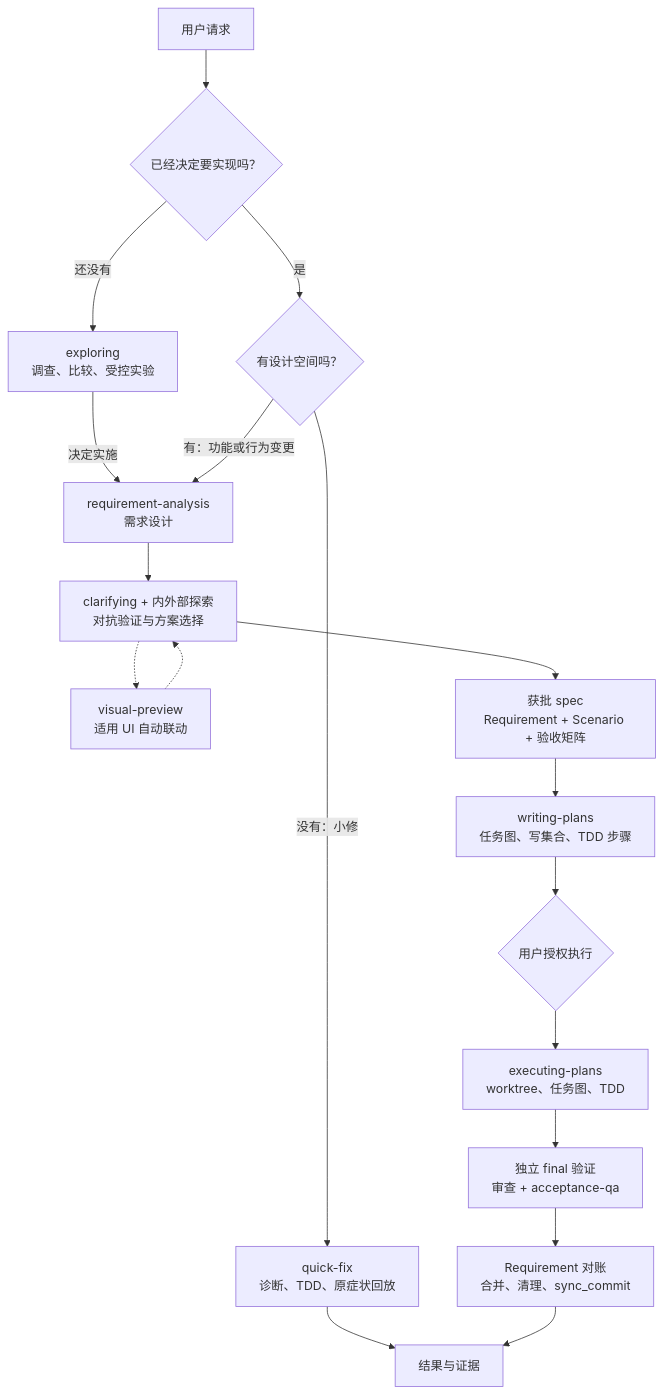
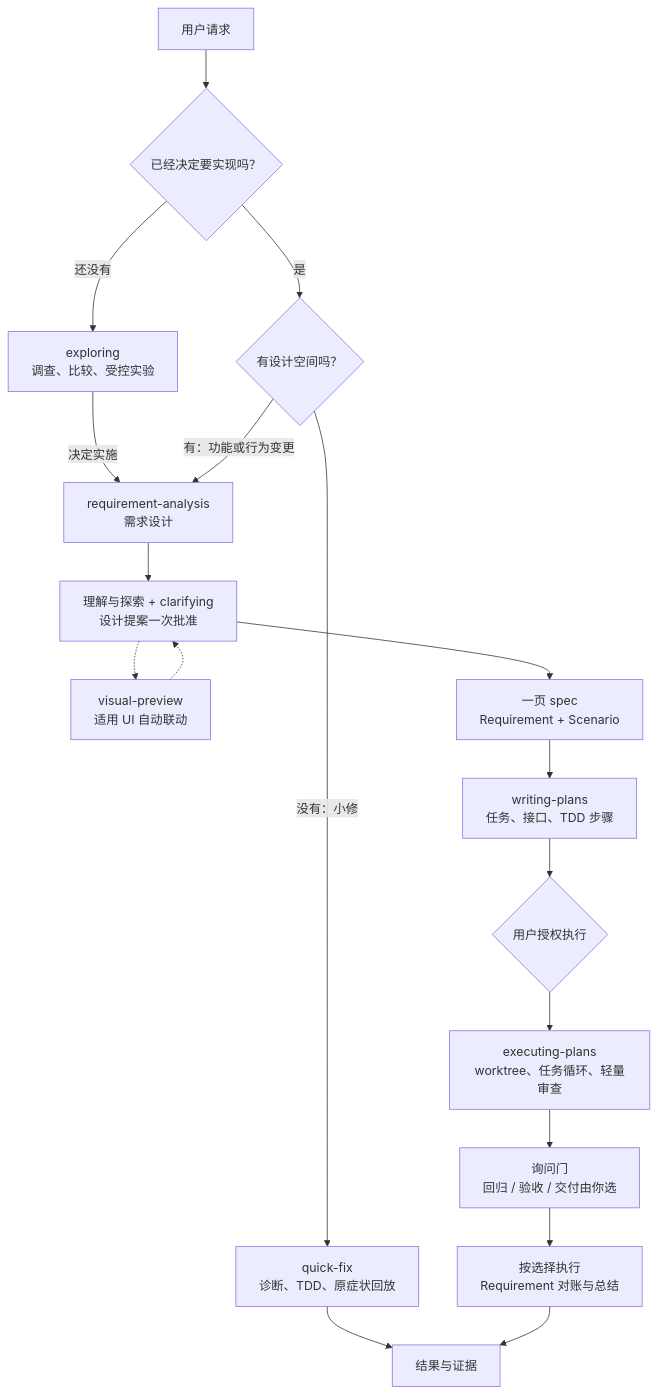
One commit to FlameMida/spec-dev changed the diagram in README.zh-CN.md. Above: the diagram before and after it, drawn with Mermaid. The commit also changed other lines of this file and 45 other files, not shown here.

````diff
--- a/README.zh-CN.md
+++ b/README.zh-CN.md
@@ -16,20 +16,20 @@
 ```mermaid
 flowchart TD
     A["用户请求"] --> B{"已经决定要实现吗？"}
     B -->|"还没有"| C["exploring<br/>调查、比较、受控实验"]
     C -->|"决定实施"| D["requirement-analysis<br/>需求设计"]
     B -->|"是"| E{"有设计空间吗？"}
     E -->|"没有：小修"| F["quick-fix<br/>诊断、TDD、原症状回放"]
     F --> Z["结果与证据"]
     E -->|"有：功能或行为变更"| D
-    D --> G["clarifying + 内外部探索<br/>对抗验证与方案选择"]
+    D --> G["理解与探索 + clarifying<br/>设计提案一次批准"]
     G -.-> H["visual-preview<br/>适用 UI 自动联动"]
     H -.-> G
-    G --> I["获批 spec<br/>Requirement + Scenario + 验收矩阵"]
-    I --> J["writing-plans<br/>任务图、写集合、TDD 步骤"]
+    G --> I["一页 spec<br/>Requirement + Scenario"]
+    I --> J["writing-plans<br/>任务、接口、TDD 步骤"]
     J --> K{"用户授权执行"}
-    K --> L["executing-plans<br/>worktree、任务图、TDD"]
-    L --> M["独立 final 验证<br/>审查 + acceptance-qa"]
-    M --> N["Requirement 对账<br/>合并、清理、sync_commit"]
+    K --> L["executing-plans<br/>worktree、任务循环、轻量审查"]
+    L --> M["询问门<br/>回归 / 验收 / 交付由你选"]
+    M --> N["按选择执行<br/>Requirement 对账与总结"]
     N --> Z
 ```
````
